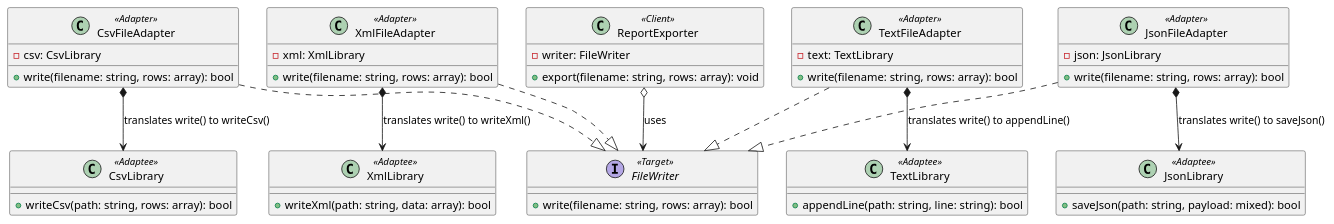
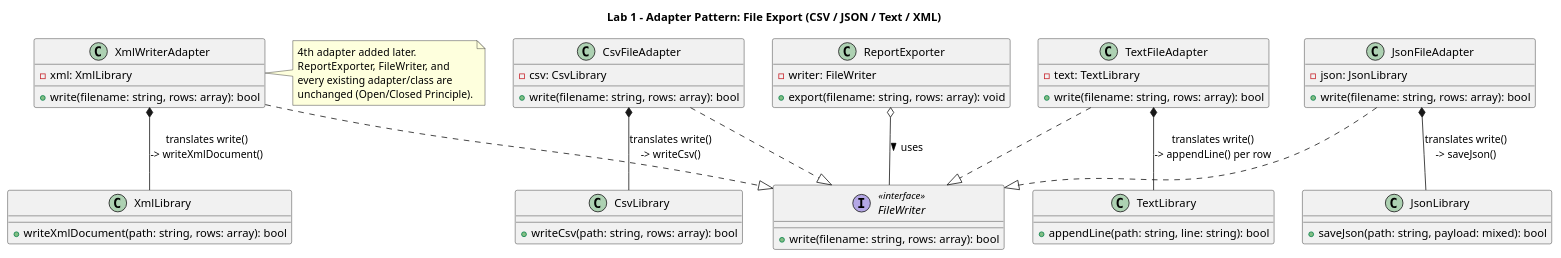
One commit to delfabcon/design-patterns-labs-BSIT3A changed the diagram in design-patterns-labs/lab1_adapter/lab1.puml. Above: the diagram before and after it, drawn with PlantUML. The commit also changed 3 other files, not shown here.

```diff
--- a/design-patterns-labs/lab1_adapter/lab1.puml
+++ b/design-patterns-labs/lab1_adapter/lab1.puml
@@ -1,52 +1,72 @@
-@startuml
-interface FileWriter <<Target>> {
-    +write(filename: string, rows: array): bool
+@startuml lab1_adapter_uml
+title Lab 1 - Adapter Pattern: File Export (CSV / JSON / Text / XML)
+
+interface FileWriter <<interface>> {
+  + write(filename: string, rows: array): bool
 }
 
-class ReportExporter <<Client>> {
-    -writer: FileWriter
-    +export(filename: string, rows: array): void
+class ReportExporter {
+  - writer: FileWriter
+  + export(filename: string, rows: array): void
 }
 
-ReportExporter o--> FileWriter : uses
-
-class CsvLibrary <<Adaptee>> {
-    +writeCsv(path: string, rows: array): bool
-}
-class JsonLibrary <<Adaptee>> {
-    +saveJson(path: string, payload: mixed): bool
-}
-class TextLibrary <<Adaptee>> {
-    +appendLine(path: string, line: string): bool
-}
-class XmlLibrary <<Adaptee>> {
-    +writeXml(path: string, data: array): bool
+class CsvFileAdapter {
+  - csv: CsvLibrary
+  + write(filename: string, rows: array): bool
 }
 
-class CsvFileAdapter <<Adapter>> {
-    -csv: CsvLibrary
-    +write(filename: string, rows: array): bool
-}
-class JsonFileAdapter <<Adapter>> {
-    -json: JsonLibrary
-    +write(filename: string, rows: array): bool
-}
-class TextFileAdapter <<Adapter>> {
-    -text: TextLibrary
-    +write(filename: string, rows: array): bool
-}
-class XmlFileAdapter <<Adapter>> {
-    -xml: XmlLibrary
-    +write(filename: string, rows: array): bool
+class JsonFileAdapter {
+  - json: JsonLibrary
+  + write(filename: string, rows: array): bool
 }
 
+class TextFileAdapter {
+  - text: TextLibrary
+  + write(filename: string, rows: array): bool
+}
+
+class XmlWriterAdapter {
+  - xml: XmlLibrary
+  + write(filename: string, rows: array): bool
+}
+
+class CsvLibrary {
+  + writeCsv(path: string, rows: array): bool
+}
+
+class JsonLibrary {
+  + saveJson(path: string, payload: mixed): bool
+}
+
+class TextLibrary {
+  + appendLine(path: string, line: string): bool
+}
+
+class XmlLibrary {
+  + writeXmlDocument(path: string, rows: array): bool
+}
+
+' Client depends only on the Target abstraction (composition)
+ReportExporter o-- FileWriter : uses >
+
+' Adapters implement the Target (dashed, hollow triangle)
 CsvFileAdapter ..|> FileWriter
 JsonFileAdapter ..|> FileWriter
 TextFileAdapter ..|> FileWriter
-XmlFileAdapter ..|> FileWriter
+XmlWriterAdapter ..|> FileWriter
 
-CsvFileAdapter *--> CsvLibrary : translates write() to writeCsv()
-JsonFileAdapter *--> JsonLibrary : translates write() to saveJson()
-TextFileAdapter *--> TextLibrary : translates write() to appendLine()
-XmlFileAdapter *--> XmlLibrary : translates write() to writeXml()
+' Adapters wrap (compose) their incompatible Adaptee - translation happens
+' inside each adapter's write() method, which calls the adaptee's real method name.
+CsvFileAdapter *-- CsvLibrary : translates write()\n-> writeCsv()
+JsonFileAdapter *-- JsonLibrary : translates write()\n-> saveJson()
+TextFileAdapter *-- TextLibrary : translates write()\n-> appendLine() per row
+XmlWriterAdapter *-- XmlLibrary : translates write()\n-> writeXmlDocument()
+
+note right of XmlWriterAdapter
+  4th adapter added later.
+  ReportExporter, FileWriter, and
+  every existing adapter/class are
+  unchanged (Open/Closed Principle).
+end note
+
 @enduml
```
